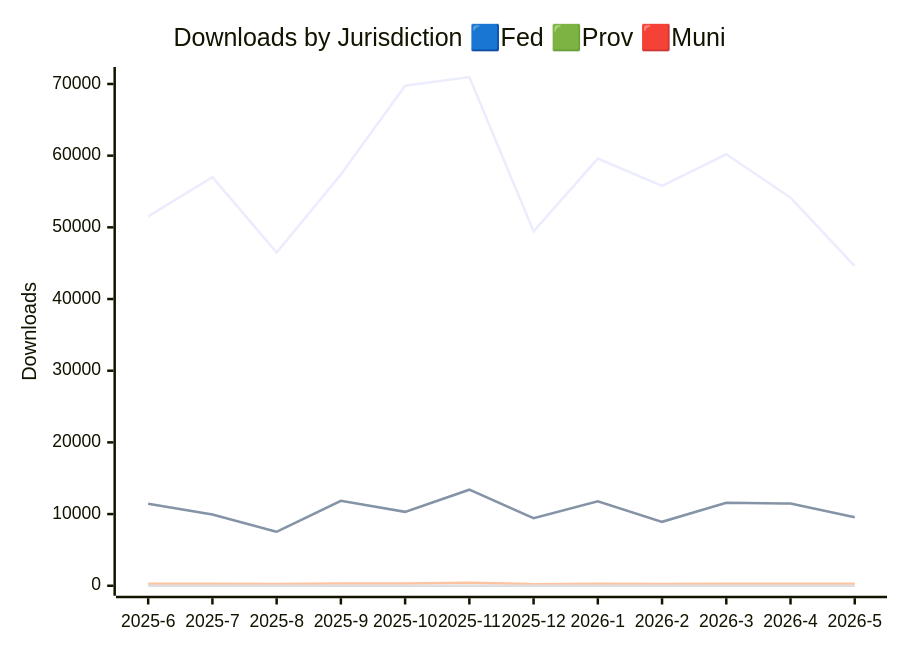
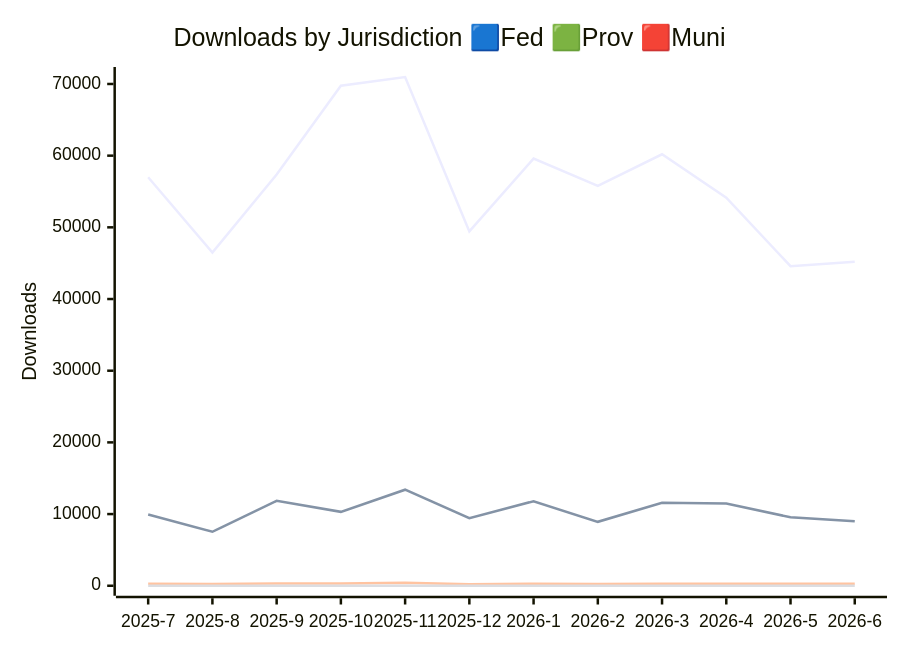
The first of 3 diagrams in JURISDICTION_ANALYTICS_REPORT/readme.md (PatLittle/analytics-corporate-reporting), drawn with Mermaid before and after one commit. The commit also changed other lines of this file and 3 other files, not shown here.

````diff
--- a/JURISDICTION_ANALYTICS_REPORT/readme.md
+++ b/JURISDICTION_ANALYTICS_REPORT/readme.md
@@ -14,11 +14,11 @@
 ```mermaid
 
 xychart-beta
     title "Downloads by Jurisdiction 🟦Fed 🟩Prov 🟥Muni"
-    x-axis [2025-6, 2025-7, 2025-8, 2025-9, 2025-10, 2025-11, 2025-12, 2026-1, 2026-2, 2026-3, 2026-4, 2026-5]
+    x-axis [2025-7, 2025-8, 2025-9, 2025-10, 2025-11, 2025-12, 2026-1, 2026-2, 2026-3, 2026-4, 2026-5, 2026-6]
     y-axis "Downloads" 0 --> 70973
-    line [51525, 56990, 46491, 57367, 69755, 70963, 49438, 59586, 55787, 60188, 54139, 44585]
-    line [11434, 9937, 7528, 11856, 10310, 13400, 9426, 11794, 8918, 11563, 11460, 9556]
-    line [271, 279, 234, 305, 313, 420, 224, 270, 228, 269, 267, 286]
-    line [0, 0, 0, 0, 3, 2, 17, 6, 2, 12, 1, 6]
+    line [56990, 46491, 57367, 69755, 70963, 49438, 59586, 55787, 60188, 54139, 44585, 45188]
+    line [9937, 7528, 11856, 10310, 13400, 9426, 11794, 8918, 11563, 11460, 9556, 9012]
+    line [279, 234, 305, 313, 420, 224, 270, 228, 269, 267, 286, 274]
+    line [0, 0, 0, 3, 2, 17, 6, 2, 12, 1, 6, 1]
 ```
````
